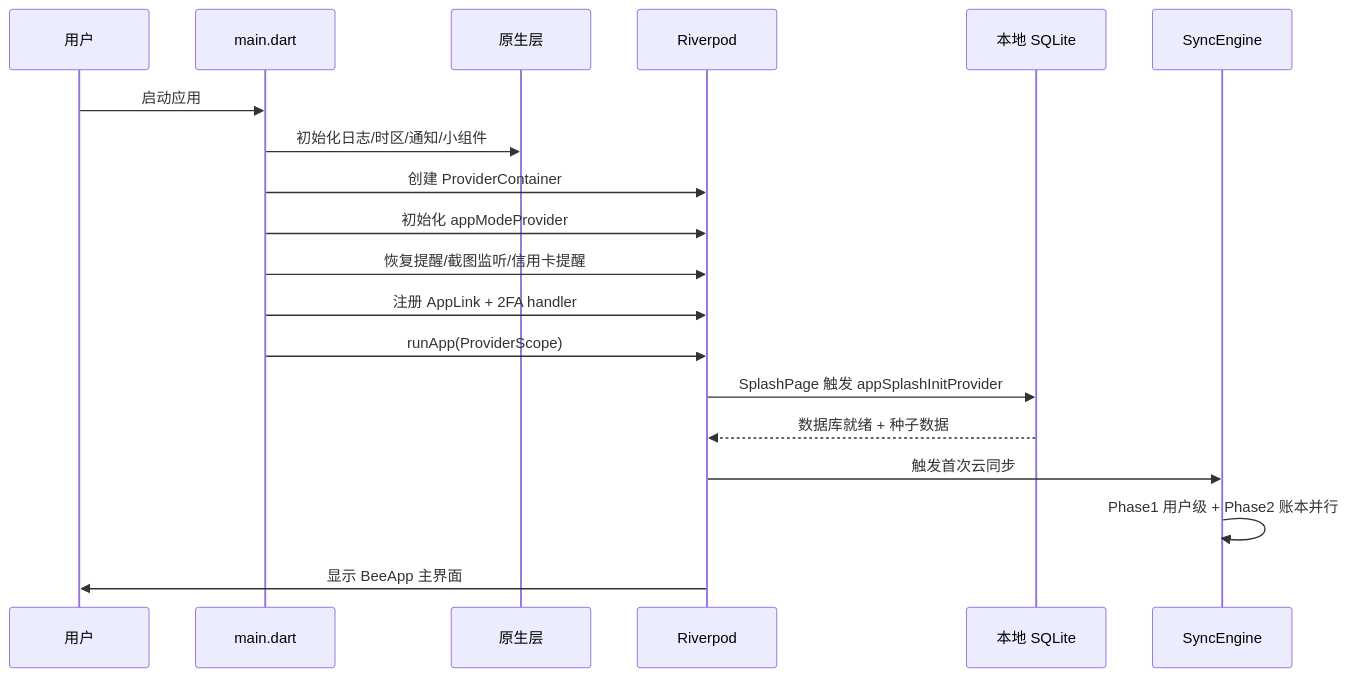
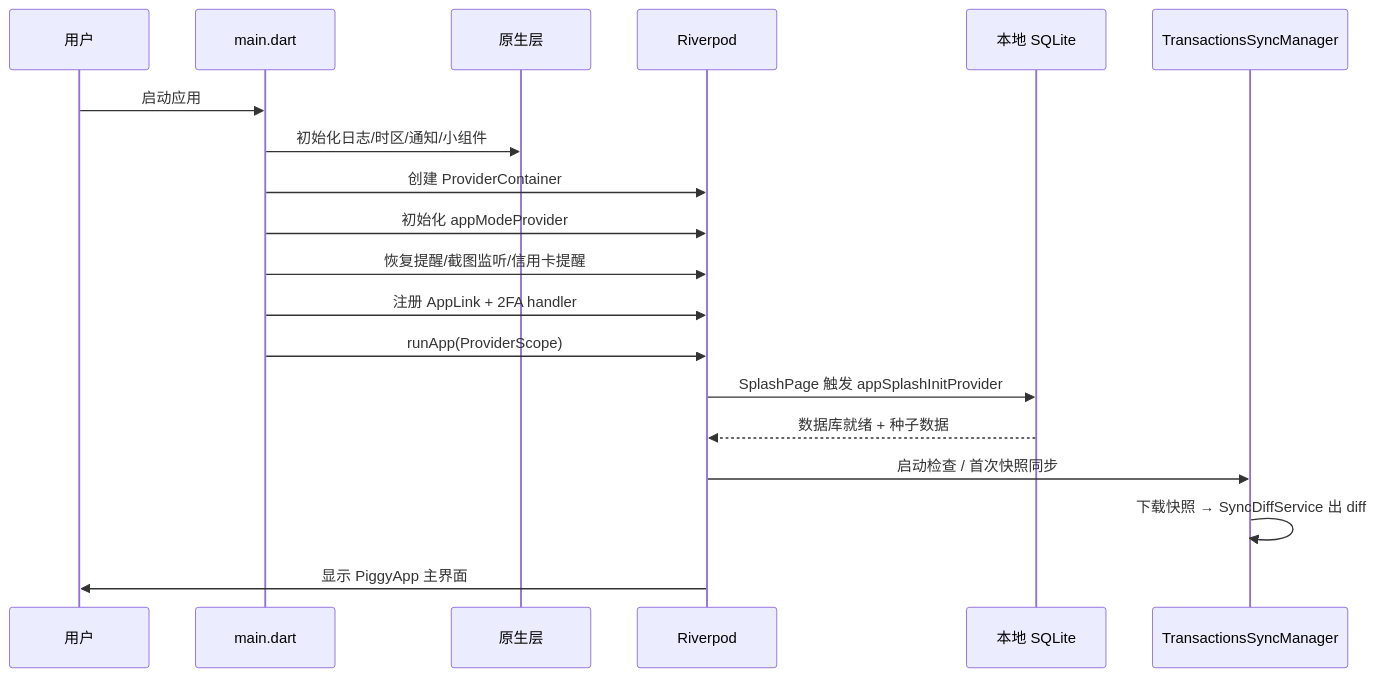
One commit to mecoren/PiggyCount changed the third of 5 diagrams in docoments/01-project-overview.md. Above: the diagram before and after it, drawn with Mermaid. The commit also changed other lines of this file and 19 other files, not shown here.

First line of the commit message:
docs: 工程文档与 known-issues 同步至 schema 58 / 快照同步（2026-10-17）

````diff
--- a/docoments/01-project-overview.md
+++ b/docoments/01-project-overview.md
@@ -208,22 +216,22 @@
 ```mermaid
 sequenceDiagram
     participant User as 用户
     participant Main as main.dart
     participant Native as 原生层
     participant Provider as Riverpod
     participant DB as 本地 SQLite
-    participant Sync as SyncEngine
+    participant Sync as TransactionsSyncManager
 
     User->>Main: 启动应用
     Main->>Native: 初始化日志/时区/通知/小组件
     Main->>Provider: 创建 ProviderContainer
     Main->>Provider: 初始化 appModeProvider
     Main->>Provider: 恢复提醒/截图监听/信用卡提醒
     Main->>Provider: 注册 AppLink + 2FA handler
     Main->>Provider: runApp(ProviderScope)
     Provider->>DB: SplashPage 触发 appSplashInitProvider
     DB-->>Provider: 数据库就绪 + 种子数据
-    Provider->>Sync: 触发首次云同步
-    Sync->>Sync: Phase1 用户级 + Phase2 账本并行
-    Provider->>User: 显示 BeeApp 主界面
+    Provider->>Sync: 启动检查 / 首次快照同步
+    Sync->>Sync: 下载快照 → SyncDiffService 出 diff
+    Provider->>User: 显示 PiggyApp 主界面
 ```
````
